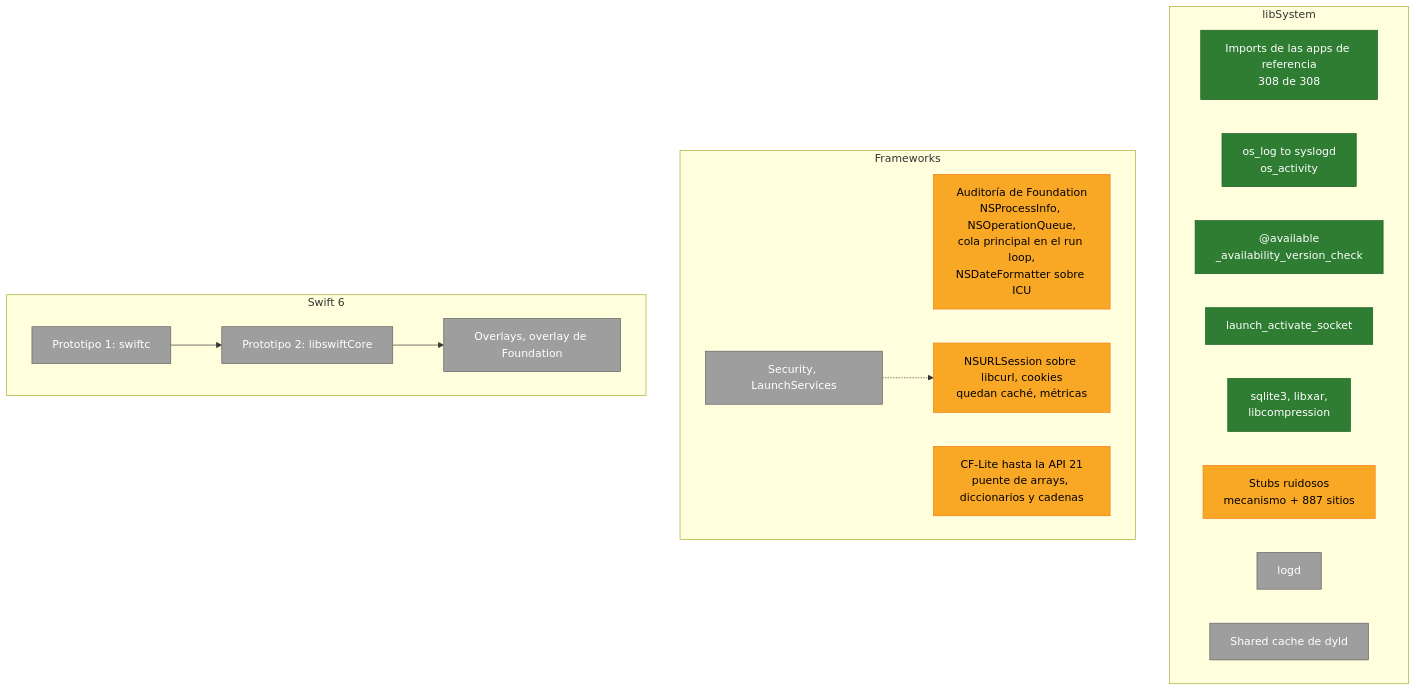
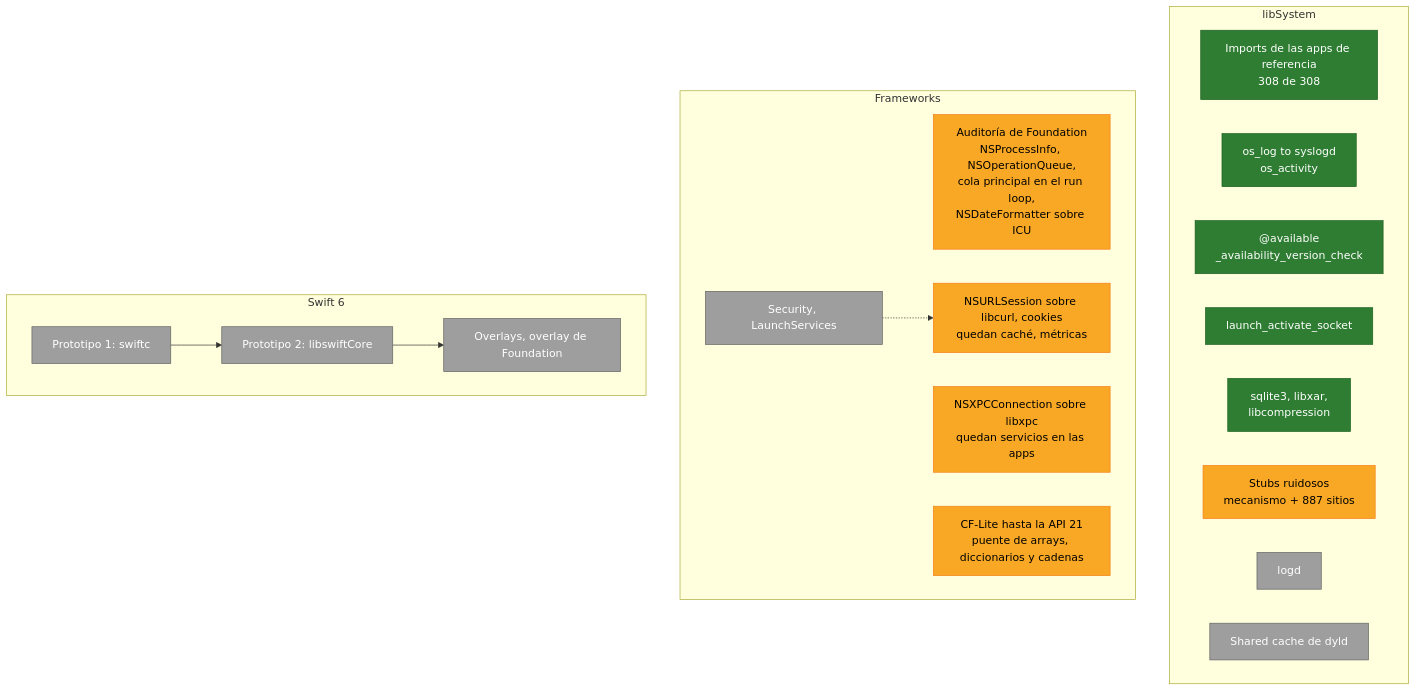
The second of 4 diagrams in Docs/Progress.es.md (minkaros/minkar), drawn with Mermaid before and after one commit. The commit also changed 3 other files, not shown here.

First line of the commit message:
Docs: libxpc connections and NSXPCConnection

````diff
--- a/Docs/Progress.es.md
+++ b/Docs/Progress.es.md
@@ -37,30 +37,31 @@
 ```mermaid
 flowchart TB
     subgraph LS["libSystem"]
         L1["Imports de las apps de referencia<br/>308 de 308"]:::done
         L2["os_log to syslogd<br/>os_activity"]:::done
         L3["@available<br/>_availability_version_check"]:::done
         L4["launch_activate_socket"]:::done
         L8["sqlite3, libxar,<br/>libcompression"]:::done
         L5["Stubs ruidosos<br/>mecanismo + 887 sitios"]:::partial
         L6["logd"]:::todo
         L7["Shared cache de dyld"]:::todo
     end
     subgraph FW["Frameworks"]
         F1["Auditoría de Foundation<br/>NSProcessInfo, NSOperationQueue,<br/>cola principal en el run loop,<br/>NSDateFormatter sobre ICU"]:::partial
         F2["NSURLSession sobre libcurl, cookies<br/>quedan caché, métricas"]:::partial
+        F5["NSXPCConnection sobre libxpc<br/>quedan servicios en las apps"]:::partial
         F3["CF-Lite hasta la API 21<br/>puente de arrays, diccionarios y cadenas"]:::partial
         F4["Security, LaunchServices"]:::todo
     end
     subgraph SW["Swift 6"]
         S1["Prototipo 1: swiftc"]:::todo
         S2["Prototipo 2: libswiftCore"]:::todo
         S3["Overlays, overlay de Foundation"]:::todo
     end
     S1 --> S2 --> S3
     F4 -.-> F2
 
     classDef done fill:#2e7d32,stroke:#1b5e20,color:#fff
     classDef partial fill:#f9a825,stroke:#f57f17,color:#000
     classDef todo fill:#9e9e9e,stroke:#616161,color:#fff
 ```
````
